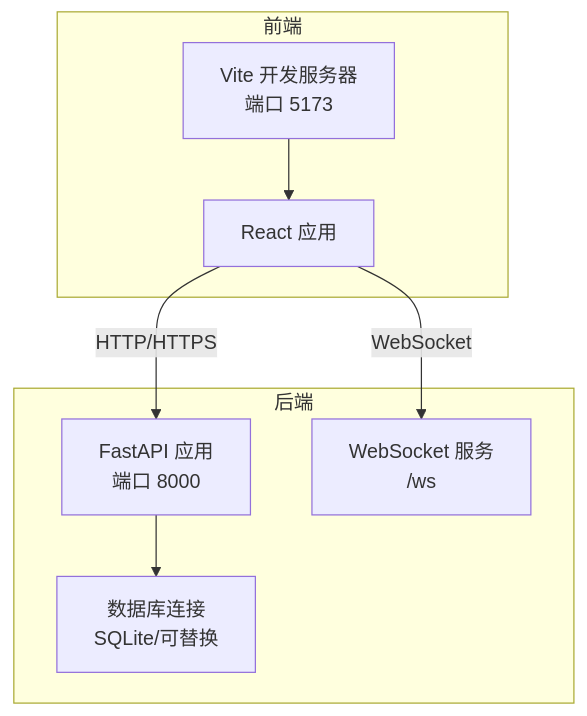
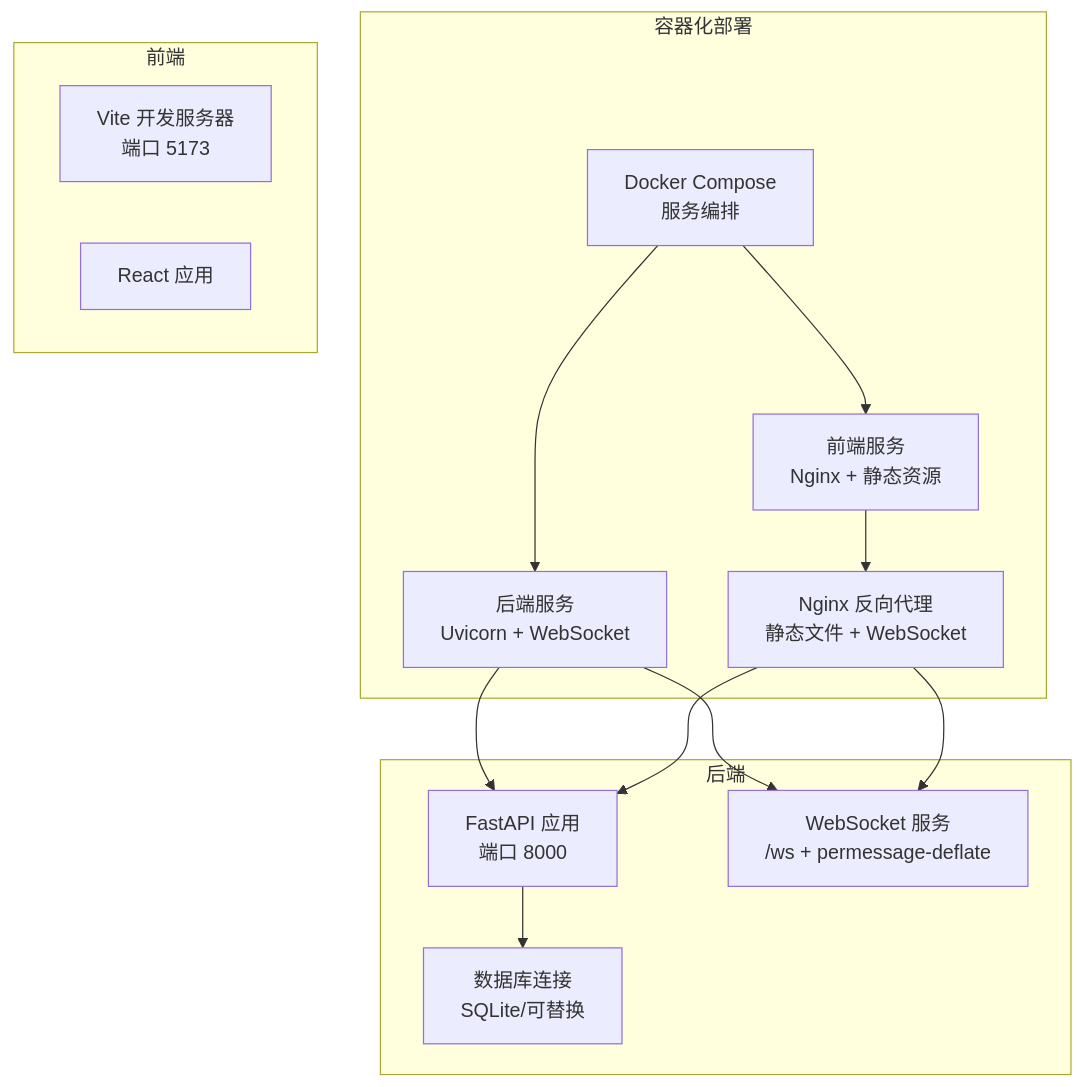
One commit to laohanhahaha/PaperChat changed the first of 3 diagrams in .qoder/repowiki/zh/content/部署与运维/部署配置.md. Above: the diagram before and after it, drawn with Mermaid. The commit also changed other lines of this file and 59 other files, not shown here.

````diff
--- a/.qoder/repowiki/zh/content/部署与运维/部署配置.md
+++ b/.qoder/repowiki/zh/content/部署与运维/部署配置.md
@@ -38,16 +53,26 @@
 ```mermaid
 graph TB
+subgraph "容器化部署"
+Docker_Compose["Docker Compose<br/>服务编排"]
+Backend_Service["后端服务<br/>Uvicorn + WebSocket"]
+Frontend_Service["前端服务<br/>Nginx + 静态资源"]
+Nginx_Proxy["Nginx 反向代理<br/>静态文件 + WebSocket"]
+end
 subgraph "前端"
 FE_Vite["Vite 开发服务器<br/>端口 5173"]
 FE_Client["React 应用"]
 end
 subgraph "后端"
 BE_API["FastAPI 应用<br/>端口 8000"]
-BE_WS["WebSocket 服务<br/>/ws"]
+BE_WS["WebSocket 服务<br/>/ws + permessage-deflate"]
 BE_DB["数据库连接<br/>SQLite/可替换"]
 end
-FE_Vite --> FE_Client
-FE_Client --> |HTTP/HTTPS| BE_API
-FE_Client --> |WebSocket| BE_WS
+Docker_Compose --> Backend_Service
+Docker_Compose --> Frontend_Service
+Backend_Service --> BE_API
+Backend_Service --> BE_WS
+Frontend_Service --> Nginx_Proxy
+Nginx_Proxy --> BE_API
+Nginx_Proxy --> BE_WS
 BE_API --> BE_DB
 ```
````
